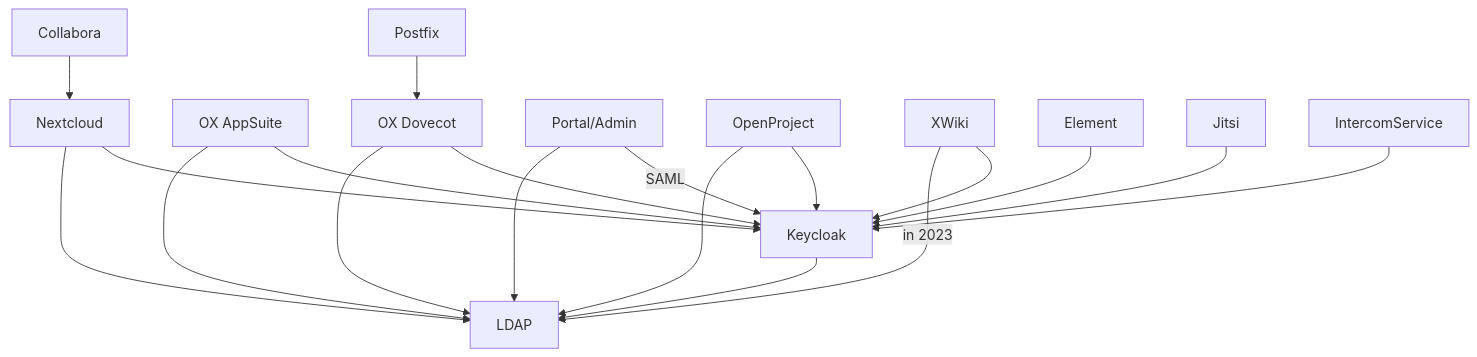
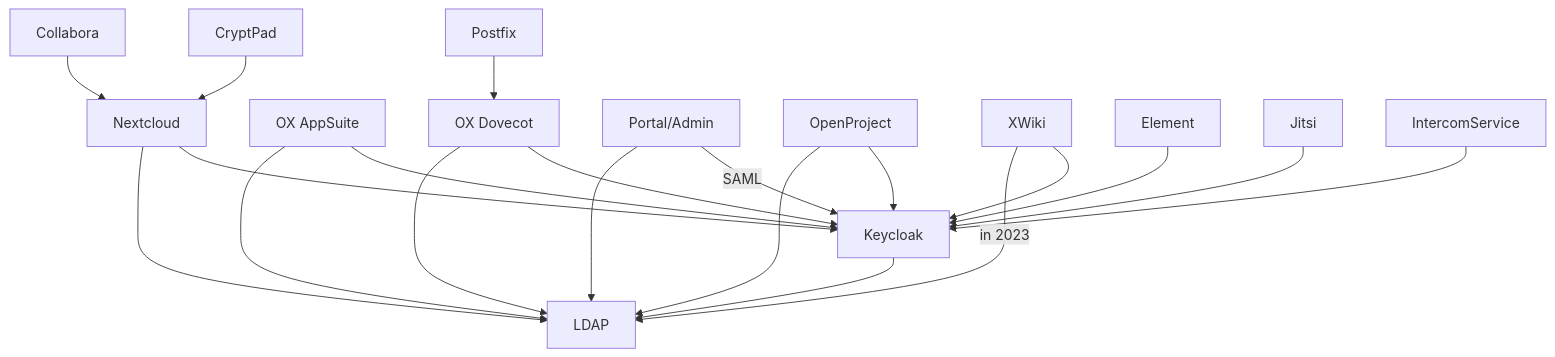
The second of 2 diagrams in README.md (tobias-weiss-ai-xr/opendesk-edu), drawn with Mermaid before and after one commit. The commit also changed other lines of this file and 10 other files, not shown here.

Commit message:
fix(cryptpad): Add CryptPad to support editing of diagrams.net files from within Nextcloud

````diff
--- a/README.md
+++ b/README.md
@@ -500,21 +504,22 @@
 ```mermaid
 flowchart TD
     K[Keycloak]-->L[LDAP]
     N[Nextcloud]-->L
     A[OX AppSuite]-->L
     D[OX Dovecot]-->L
     P[Portal/Admin]-->L
     O[OpenProject]-->L
     X[XWiki]-->|in 2023|L
     A-->K
     N-->K
     D-->K
     O-->K
     X-->K
     P-->|SAML|K
     E[Element]-->K
     J[Jitsi]-->K
     I[IntercomService]-->K
     C[Collabora]-->N
+    R[CryptPad]-->N
     F[Postfix]-->D
 ```
````
